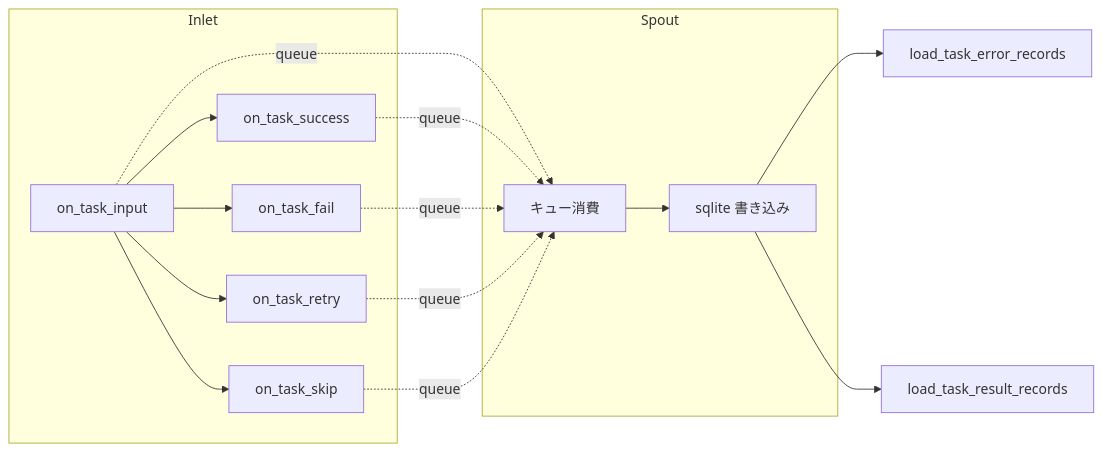
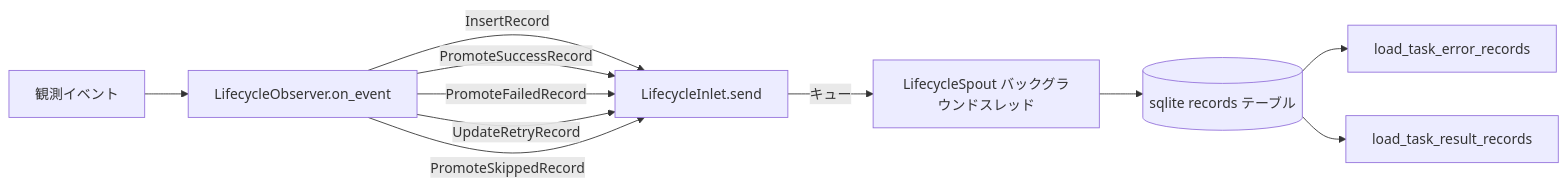
The diagram in docs/ja/tests/persist/test_lifecycle.md (Mr-xiaotian/CelestialFlow), drawn with Mermaid before and after one commit. The commit also changed other lines of this file and 176 other files, not shown here.

````diff
--- a/docs/ja/tests/persist/test_lifecycle.md
+++ b/docs/ja/tests/persist/test_lifecycle.md
@@ -65,19 +78,13 @@
 ```mermaid
 flowchart LR
-    subgraph Inlet
-        A[on_task_input] --> B[on_task_success]
-        A --> C[on_task_fail]
-        A --> D[on_task_retry]
-        A --> E[on_task_skip]
-    end
-    subgraph Spout
-        F[キュー消費] --> G[sqlite 書き込み]
-    end
-    A -.->|queue| F
-    B -.->|queue| F
-    C -.->|queue| F
-    D -.->|queue| F
-    E -.->|queue| F
-    G --> H[load_task_error_records]
-    G --> I[load_task_result_records]
+    E[観測イベント] --> O[LifecycleObserver.on_event]
+    O -->|InsertRecord| I[LifecycleInlet.send]
+    O -->|PromoteSuccessRecord| I
+    O -->|PromoteFailedRecord| I
+    O -->|UpdateRetryRecord| I
+    O -->|PromoteSkippedRecord| I
+    I -->|キュー| S[LifecycleSpout バックグラウンドスレッド]
+    S --> D[(sqlite records テーブル)]
+    D --> A[load_task_error_records]
+    D --> B[load_task_result_records]
 ```
````
